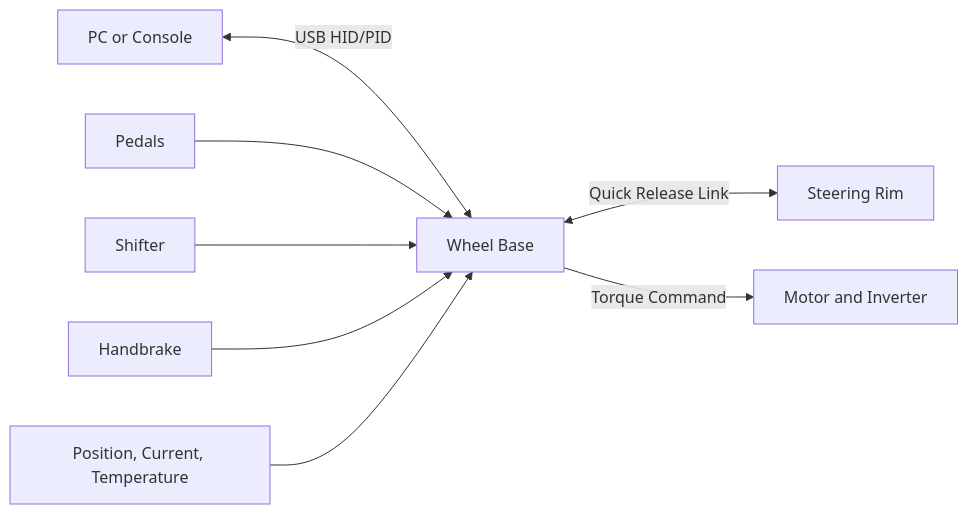
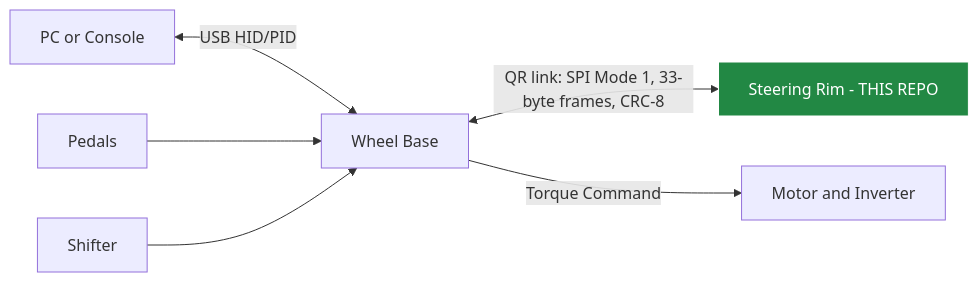
The first of 2 diagrams in docs/system-architecture.md (nguyentri/fanatec-wheel), drawn with Mermaid before and after one commit. The commit also changed other lines of this file and 79 other files, not shown here.

````diff
--- a/docs/system-architecture.md
+++ b/docs/system-architecture.md
@@ -7,10 +17,9 @@
 ```mermaid
 flowchart LR
     Host[PC or Console] <-->|USB HID/PID| Base[Wheel Base]
-    Base <-->|Quick Release Link| Rim[Steering Rim]
+    Base <-->|QR link: SPI Mode 1, 33-byte frames, CRC-8| Rim[Steering Rim - THIS REPO]
     Pedals[Pedals] --> Base
     Shifter[Shifter] --> Base
-    Handbrake[Handbrake] --> Base
     Base -->|Torque Command| Motor[Motor and Inverter]
-    Sensors[Position, Current, Temperature] --> Base
+    style Rim fill:#284,stroke:#fff,color:#fff
 ```
````
